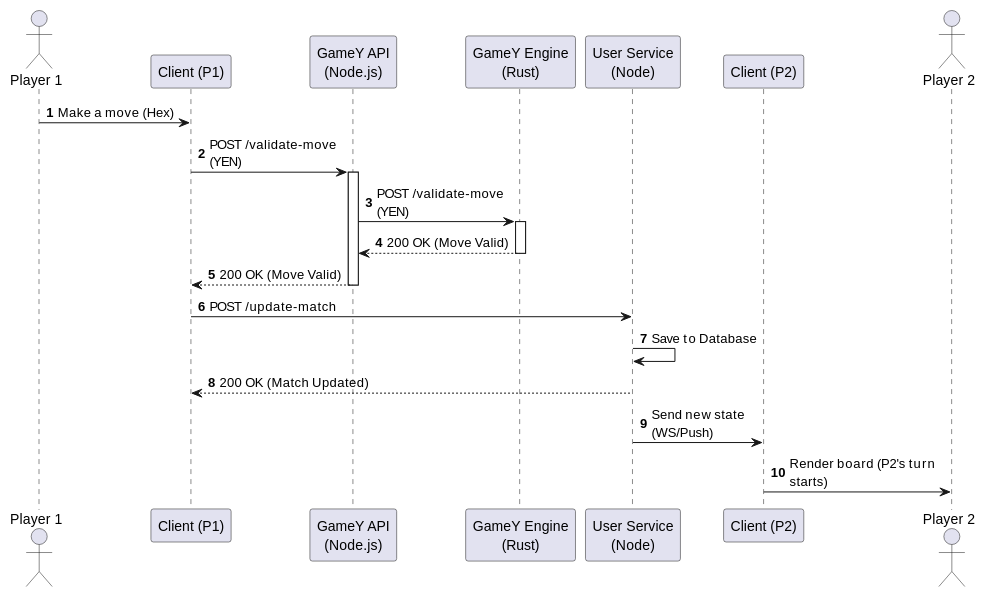
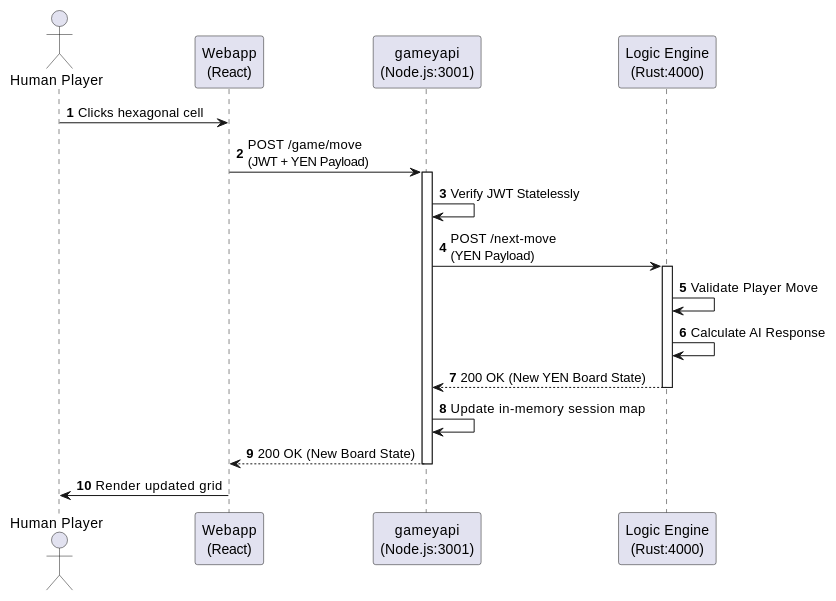
The second of 4 diagrams in docs/src/06_runtime_view.adoc (Arquisoft/yovi_en1a), drawn with PlantUML before and after one commit. The commit also changed other lines of this file, not shown here.

```diff
--- a/docs/src/06_runtime_view.adoc
+++ b/docs/src/06_runtime_view.adoc
@@ -45,35 +45,29 @@
-[plantuml, target="human-vs-human", format="png"]
+[plantuml, target="human-vs-ai-move", format="png"]
 ----
 @startuml
 autonumber
-skinparam maxMessageSize 150
+actor "Human Player" as User
+participant "Webapp\n(React)" as UI
+participant "gameyapi\n(Node.js:3001)" as API
+participant "Logic Engine\n(Rust:4000)" as Rust
 
-actor "Player 1" as P1
-participant "Client (P1)" as UI1
-participant "GameY API\n(Node.js)" as API
-participant "GameY Engine\n(Rust)" as Rust
-participant "User Service\n(Node)" as Node
-participant "Client (P2)" as UI2
-actor "Player 2" as P2
+User -> UI : Clicks hexagonal cell
+UI -> API : POST /game/move\n(JWT + YEN Payload)
+activate API
 
+API -> API : Verify JWT Statelessly
+API -> Rust : POST /next-move\n(YEN Payload)
+activate Rust
 
-P1 -> UI1 : Make a move (Hex)
-UI1 -> API : POST /validate-move (YEN)
-activate API
-API -> Rust : POST /validate-move (YEN)
-activate Rust
-Rust --> API : 200 OK (Move Valid)
+Rust -> Rust : Validate Player Move
+Rust -> Rust : Calculate AI Response
+Rust --> API : 200 OK (New YEN Board State)
 deactivate Rust
-API --> UI1 : 200 OK (Move Valid)
+
+API -> API : Update in-memory session map
+API --> UI : 200 OK (New Board State)
 deactivate API
 
-
-UI1 -> Node : POST /update-match
-Node -> Node : Save to Database
-Node --> UI1 : 200 OK (Match Updated)
-
-Node -> UI2 : Send new state (WS/Push)
-UI2 -> P2 : Render board (P2's turn starts)
-
+UI -> User : Render updated grid
 @enduml
 ----
```
